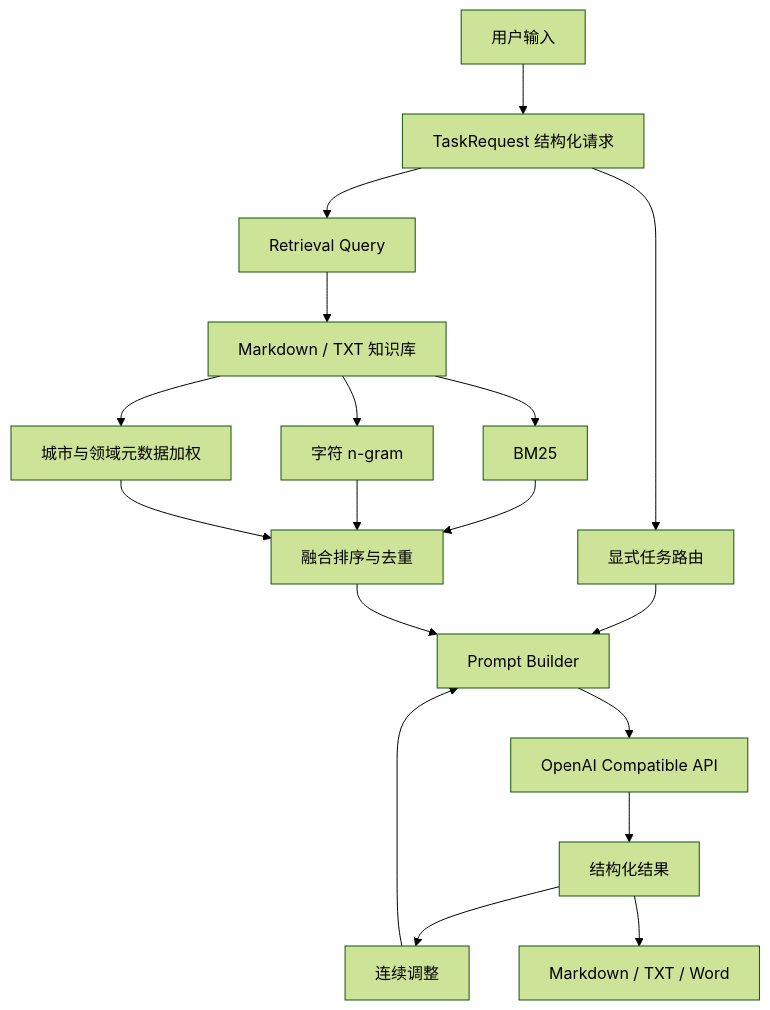
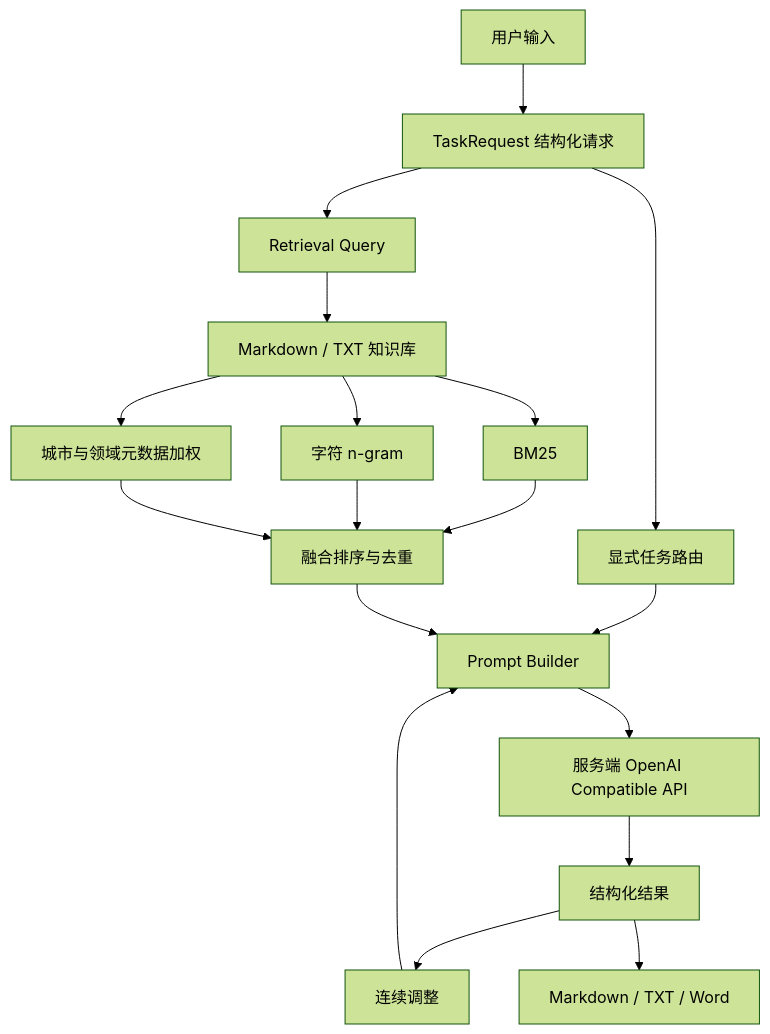
The diagram in README.md (liqinglq666/Yuejian-Feiyi-Agent), drawn with Mermaid (forest theme) before and after one commit. The commit also changed other lines of this file and 10 other files, not shown here.

````diff
--- a/README.md
+++ b/README.md
@@ -118,20 +119,20 @@
 ```mermaid
 flowchart TB
     U[用户输入] --> RQ[TaskRequest 结构化请求]
     RQ --> RT[显式任务路由]
     RQ --> Q[Retrieval Query]
     Q --> KB[Markdown / TXT 知识库]
     KB --> BM[BM25]
     KB --> NG[字符 n-gram]
     KB --> MB[城市与领域元数据加权]
     BM --> RR[融合排序与去重]
     NG --> RR
     MB --> RR
     RT --> PB[Prompt Builder]
     RR --> PB
-    PB --> LLM[OpenAI Compatible API]
+    PB --> LLM[服务端 OpenAI Compatible API]
     LLM --> OUT[结构化结果]
     OUT --> REV[连续调整]
     OUT --> EXP[Markdown / TXT / Word]
     REV --> PB
 ```
````
